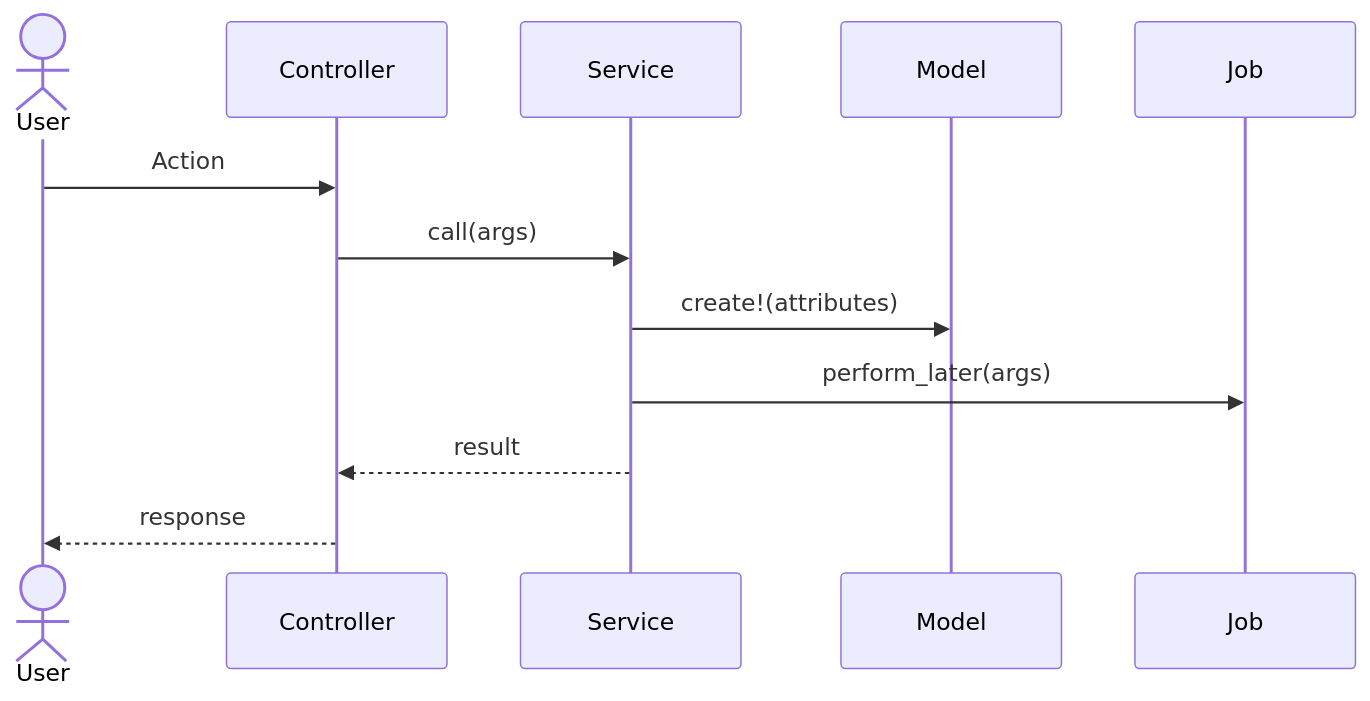
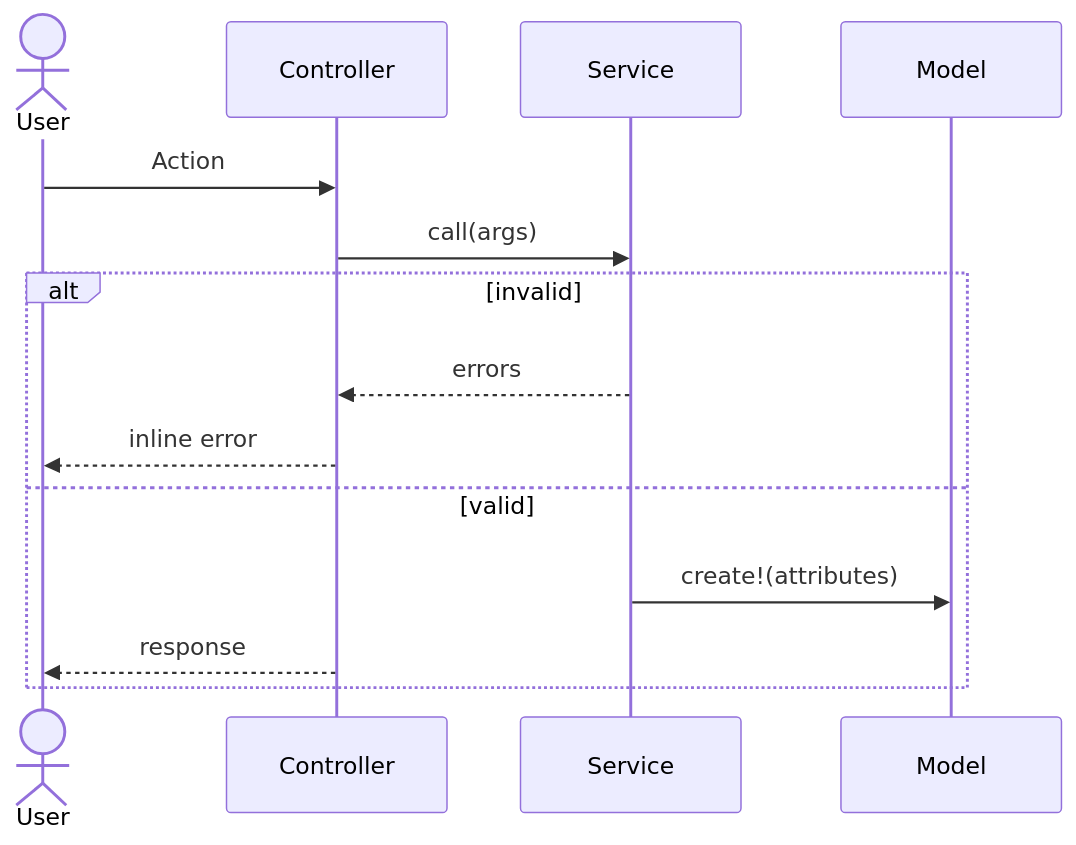
One commit to sampadadiwan/IRM_CompanyMain changed the sixth of 8 diagrams in openspec/schemas/spec-driven/templates/design.md. Above: the diagram before and after it, drawn with Mermaid. The commit also changed other lines of this file and 6 other files, not shown here.

````diff
--- a/openspec/schemas/spec-driven/templates/design.md
+++ b/openspec/schemas/spec-driven/templates/design.md
@@ -42,15 +219,17 @@
 ```mermaid
 sequenceDiagram
     actor User
     participant Controller
     participant Service
     participant Model
-    participant Job
 
     User->>Controller: Action
     Controller->>Service: call(args)
-    Service->>Model: create!(attributes)
-    Service->>Job: perform_later(args)
-    Service-->>Controller: result
-    Controller-->>User: response
+    alt invalid
+        Service-->>Controller: errors
+        Controller-->>User: inline error
+    else valid
+        Service->>Model: create!(attributes)
+        Controller-->>User: response
+    end
 ```
````
